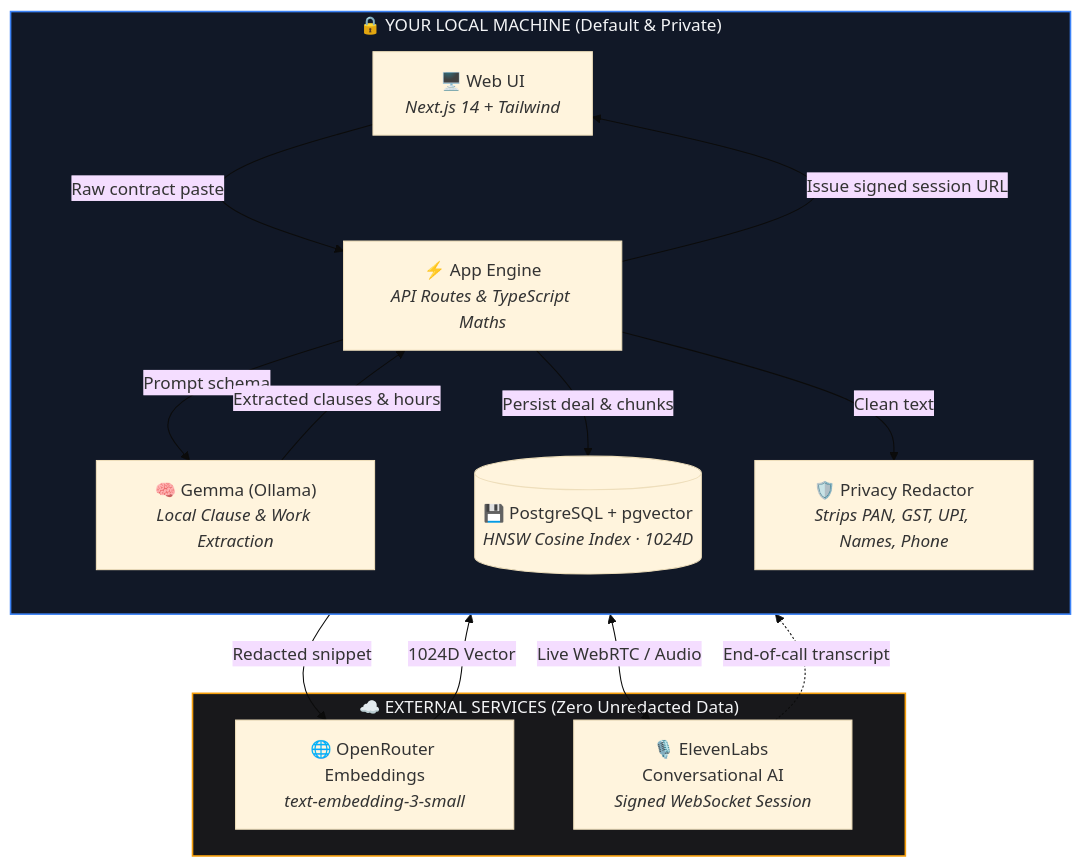
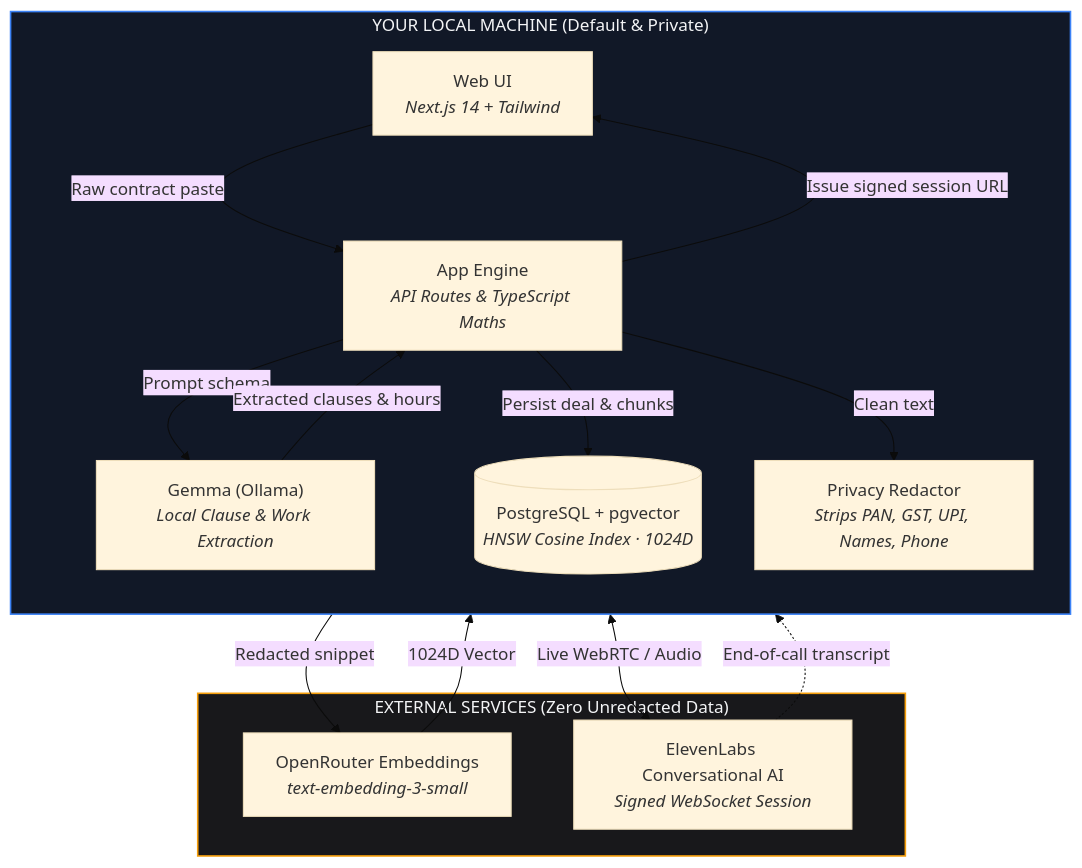
Before and after one commit to mannubaveja007/Jhanjhat: the first of 4 diagrams in README.md, drawn with Mermaid (base theme). The commit also changed other lines of this file, not shown here.

Commit message:
docs: strip emojis from README and diagrams for clean presentation

````diff
--- a/README.md
+++ b/README.md
@@ -38,33 +38,33 @@
 ```mermaid
 flowchart TD
-    subgraph LOCAL[" 🔒 YOUR LOCAL MACHINE (Default & Private) "]
+    subgraph LOCAL[" YOUR LOCAL MACHINE (Default & Private) "]
         direction TB
-        UI["🖥️ Web UI<br/><i>Next.js 14 + Tailwind</i>"]
-        SRV["⚡ App Engine<br/><i>API Routes & TypeScript Maths</i>"]
-        RED["🛡️ Privacy Redactor<br/><i>Strips PAN, GST, UPI, Names, Phone</i>"]
-        LLM["🧠 Gemma (Ollama)<br/><i>Local Clause & Work Extraction</i>"]
-        DB[("💾 PostgreSQL + pgvector<br/><i>HNSW Cosine Index · 1024D</i>")]
+        UI["Web UI<br/><i>Next.js 14 + Tailwind</i>"]
+        SRV["App Engine<br/><i>API Routes & TypeScript Maths</i>"]
+        RED["Privacy Redactor<br/><i>Strips PAN, GST, UPI, Names, Phone</i>"]
+        LLM["Gemma (Ollama)<br/><i>Local Clause & Work Extraction</i>"]
+        DB[("PostgreSQL + pgvector<br/><i>HNSW Cosine Index · 1024D</i>")]
     end
 
-    subgraph CLOUD[" ☁️ EXTERNAL SERVICES (Zero Unredacted Data) "]
-        EMB["🌐 OpenRouter Embeddings<br/><i>text-embedding-3-small</i>"]
-        VOICE["🎙️ ElevenLabs Conversational AI<br/><i>Signed WebSocket Session</i>"]
+    subgraph CLOUD[" EXTERNAL SERVICES (Zero Unredacted Data) "]
+        EMB["OpenRouter Embeddings<br/><i>text-embedding-3-small</i>"]
+        VOICE["ElevenLabs Conversational AI<br/><i>Signed WebSocket Session</i>"]
     end
 
     UI -->|"Raw contract paste"| SRV
     SRV -->|"Prompt schema"| LLM
     LLM -->|"Extracted clauses & hours"| SRV
     SRV -->|"Persist deal & chunks"| DB
     SRV -->|"Clean text"| RED
     RED -->|"Redacted snippet"| EMB
     EMB -->|"1024D Vector"| DB
 
     SRV -->|"Issue signed session URL"| UI
     UI <-->|"Live WebRTC / Audio"| VOICE
     VOICE -.->|"End-of-call transcript"| SRV
 
     classDef localBox fill:#111827,stroke:#3b82f6,stroke-width:1.5px,color:#f3f4f6;
     classDef cloudBox fill:#18181b,stroke:#f59e0b,stroke-width:1.5px,color:#f3f4f6;
     class LOCAL localBox;
     class CLOUD cloudBox;
 ```
````
